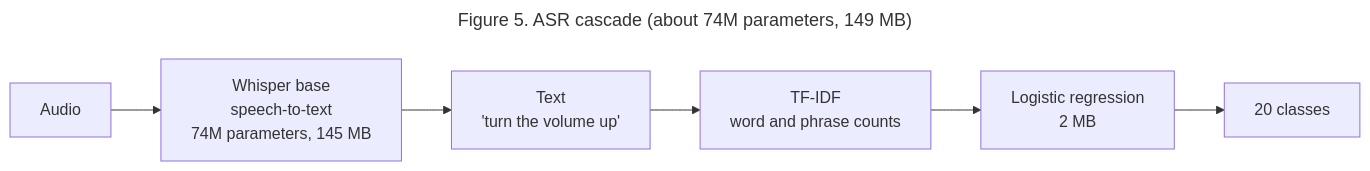
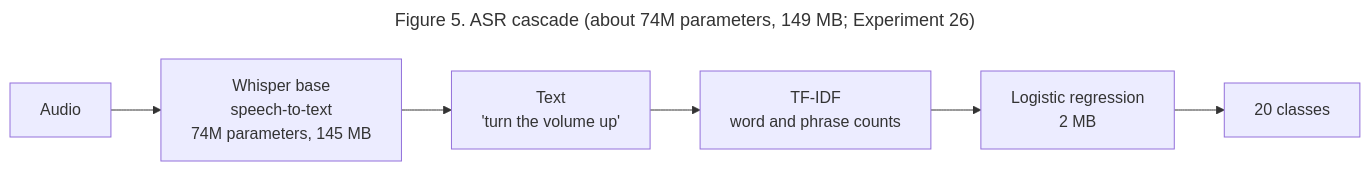
The fifth of 7 diagrams in docs/MODEL.md (quielq/quielq-vcm), drawn with Mermaid before and after one commit. The commit also changed other lines of this file and 3 other files, not shown here.

````diff
--- a/docs/MODEL.md
+++ b/docs/MODEL.md
@@ -267,11 +287,11 @@
 ```mermaid
 ---
-title: Figure 5. ASR cascade (about 74M parameters, 149 MB)
+title: Figure 5. ASR cascade (about 74M parameters, 149 MB; Experiment 26)
 ---
 flowchart LR
     AU["Audio"] --> W["Whisper base<br/>speech-to-text<br/>74M parameters, 145 MB"]
     W --> T["Text<br/>'turn the volume up'"]
     T --> TF["TF-IDF<br/>word and phrase counts"]
     TF --> LOG["Logistic regression<br/>2 MB"]
     LOG --> O["20 classes"]
 ```
````
